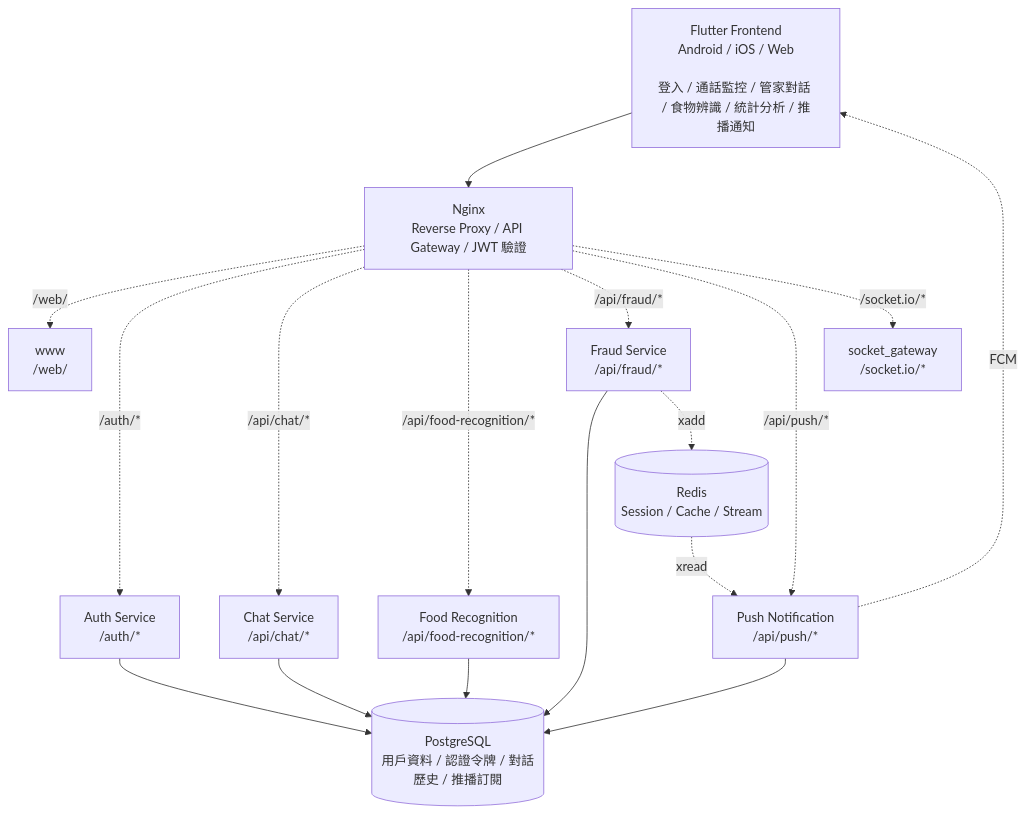
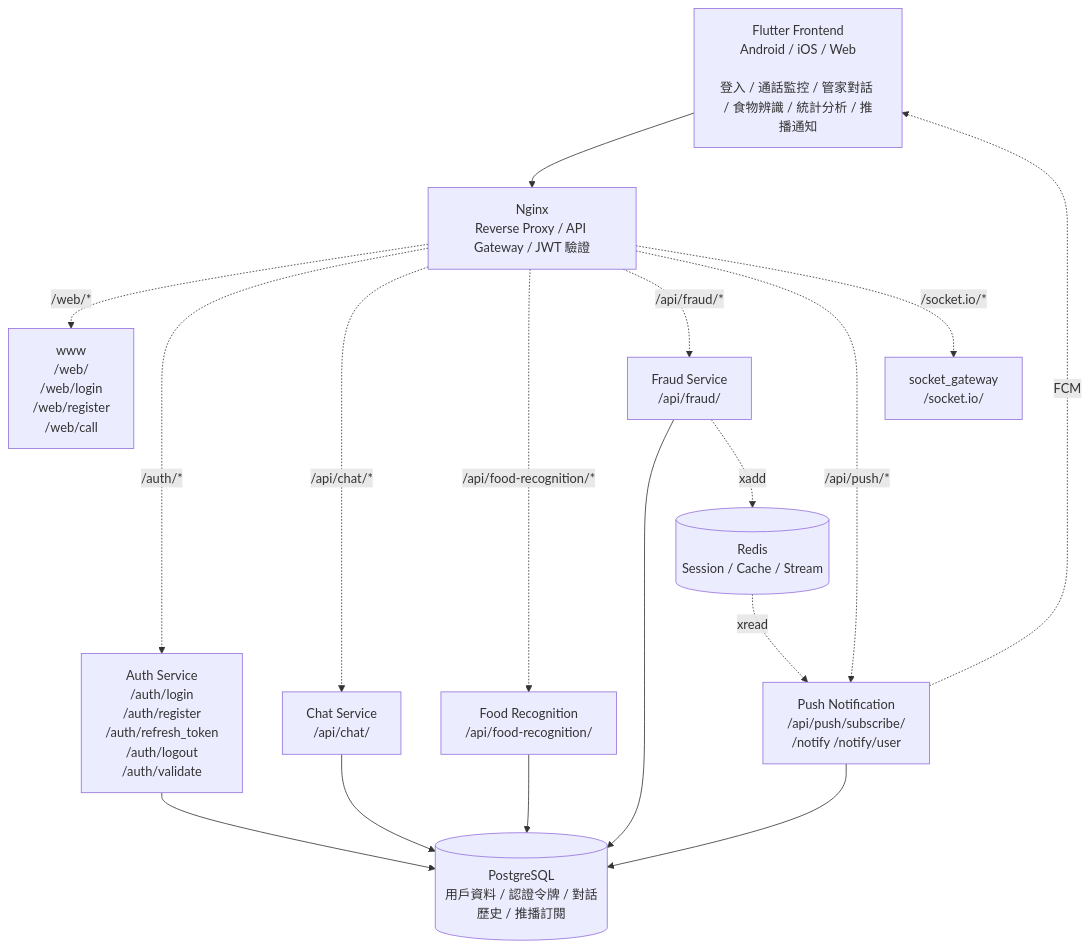
The diagram in README.md (NCCU-Butler-Robot/AIO-Kebbi), drawn with Mermaid before and after one commit. The commit also changed 7 other files, not shown here.

First line of the commit message:
feat: add Web Push support and improve push notification reliability

````diff
--- a/README.md
+++ b/README.md
@@ -27,39 +27,39 @@
 ```mermaid
 flowchart TB
 
     FE[Flutter Frontend<br/>Android / iOS / Web<br/><br/>登入 / 通話監控 / 管家對話 / 食物辨識 / 統計分析 / 推播通知]
 
     N[Nginx<br/>Reverse Proxy / API Gateway / JWT 驗證]
 
-    A[Auth Service<br/>/auth/*]
-    W[www<br/>/web/]
-    C[Chat Service<br/>/api/chat/*]
-    FR[Food Recognition<br/>/api/food-recognition/*]
-    F[Fraud Service<br/>/api/fraud/*]
-    P[Push Notification<br/>/api/push/*]
-    S[socket_gateway<br/>/socket.io/*]
+    A[Auth Service<br/>/auth/login<br/>/auth/register<br/>/auth/refresh_token<br/>/auth/logout<br/>/auth/validate]
+    W[www<br/>/web/<br/>/web/login<br/>/web/register<br/>/web/call]
+    C[Chat Service<br/>/api/chat/]
+    FR[Food Recognition<br/>/api/food-recognition/]
+    F[Fraud Service<br/>/api/fraud/]
+    P[Push Notification<br/>/api/push/subscribe/<br/>/notify /notify/user]
+    S[socket_gateway<br/>/socket.io/]
 
     DB[(PostgreSQL<br/>用戶資料 / 認證令牌 / 對話歷史 / 推播訂閱)]
 
     R[(Redis<br/>Session / Cache / Stream)]
 
     FE --> N
 
-    N -.->|" /web/ "| W
-    N -.->|" /auth/* "| A
-    N -.->|" /api/chat/* "| C
-    N -.->|" /api/food-recognition/* "| FR
-    N -.->|" /api/fraud/* "| F
-    N -.->|" /api/push/* "| P
-    N -.->|" /socket.io/* "| S
+    N -.->|"/web/*"| W
+    N -.->|"/auth/*"| A
+    N -.->|"/api/chat/*"| C
+    N -.->|"/api/food-recognition/*"| FR
+    N -.->|"/api/fraud/*"| F
+    N -.->|"/api/push/*"| P
+    N -.->|"/socket.io/*"| S
 
     A --> DB
     C --> DB
     FR --> DB
     F --> DB
     P --> DB
 
     F -.->|xadd| R
     R -.->|xread| P
     P -.->|FCM| FE
 ```
````
